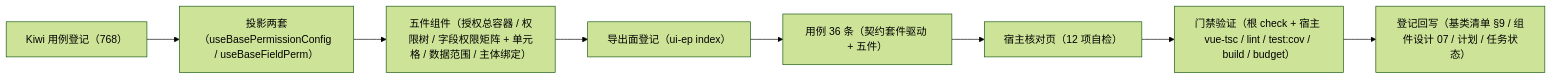
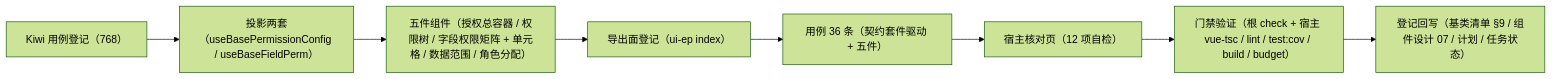
One commit to minjian123/basic-management-system changed the diagram in bms文档/项目/04_前端组件库/任务/08_交互类/08_交互类_04_权限配置/08_交互类_04_权限配置_02_授权组件与宿主核对页/实施/01_实施_02_授权组件与宿主核对页.md. Above: the diagram before and after it, drawn with Mermaid (forest theme). The commit also changed other lines of this file and 53 other files, not shown here.

````diff
--- a/bms文档/项目/04_前端组件库/任务/08_交互类/08_交互类_04_权限配置/08_交互类_04_权限配置_02_授权组件与宿主核对页/实施/01_实施_02_授权组件与宿主核对页.md
+++ b/bms文档/项目/04_前端组件库/任务/08_交互类/08_交互类_04_权限配置/08_交互类_04_权限配置_02_授权组件与宿主核对页/实施/01_实施_02_授权组件与宿主核对页.md
@@ -22,10 +22,10 @@
 ```mermaid
 flowchart LR
     A["Kiwi 用例登记（768）"] --> B["投影两套（useBasePermissionConfig / useBaseFieldPerm）"]
-    B --> C["五件组件（授权总容器 / 权限树 / 字段权限矩阵 + 单元格 / 数据范围 / 主体绑定）"]
+    B --> C["五件组件（授权总容器 / 权限树 / 字段权限矩阵 + 单元格 / 数据范围 / 角色分配）"]
     C --> D["导出面登记（ui-ep index）"]
     D --> E["用例 36 条（契约套件驱动 + 五件）"]
     E --> F["宿主核对页（12 项自检）"]
     F --> G["门禁验证（根 check + 宿主 vue-tsc / lint / test:cov / build / budget）"]
     G --> H["登记回写（基类清单 §9 / 组件设计 07 / 计划 / 任务状态）"]
 ```
````
